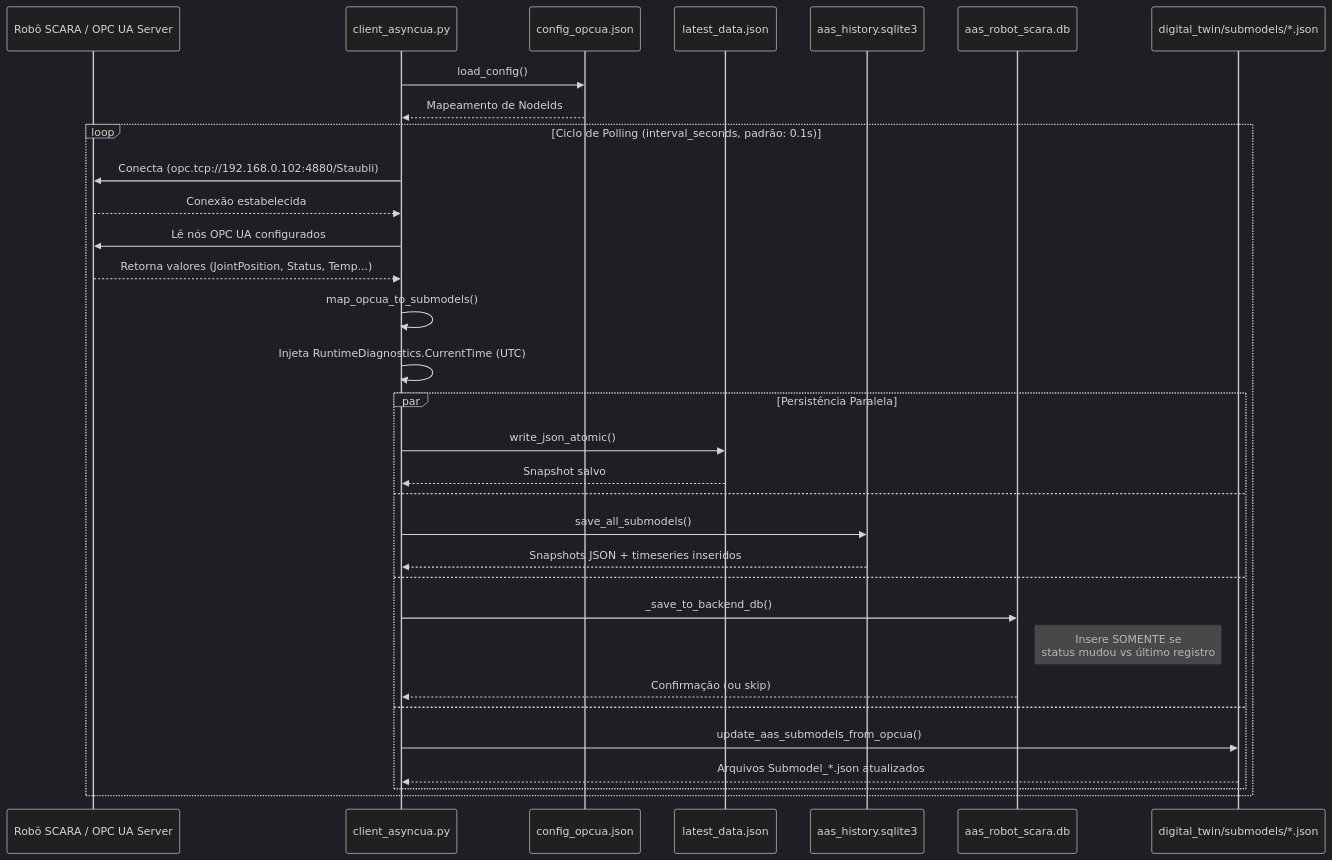
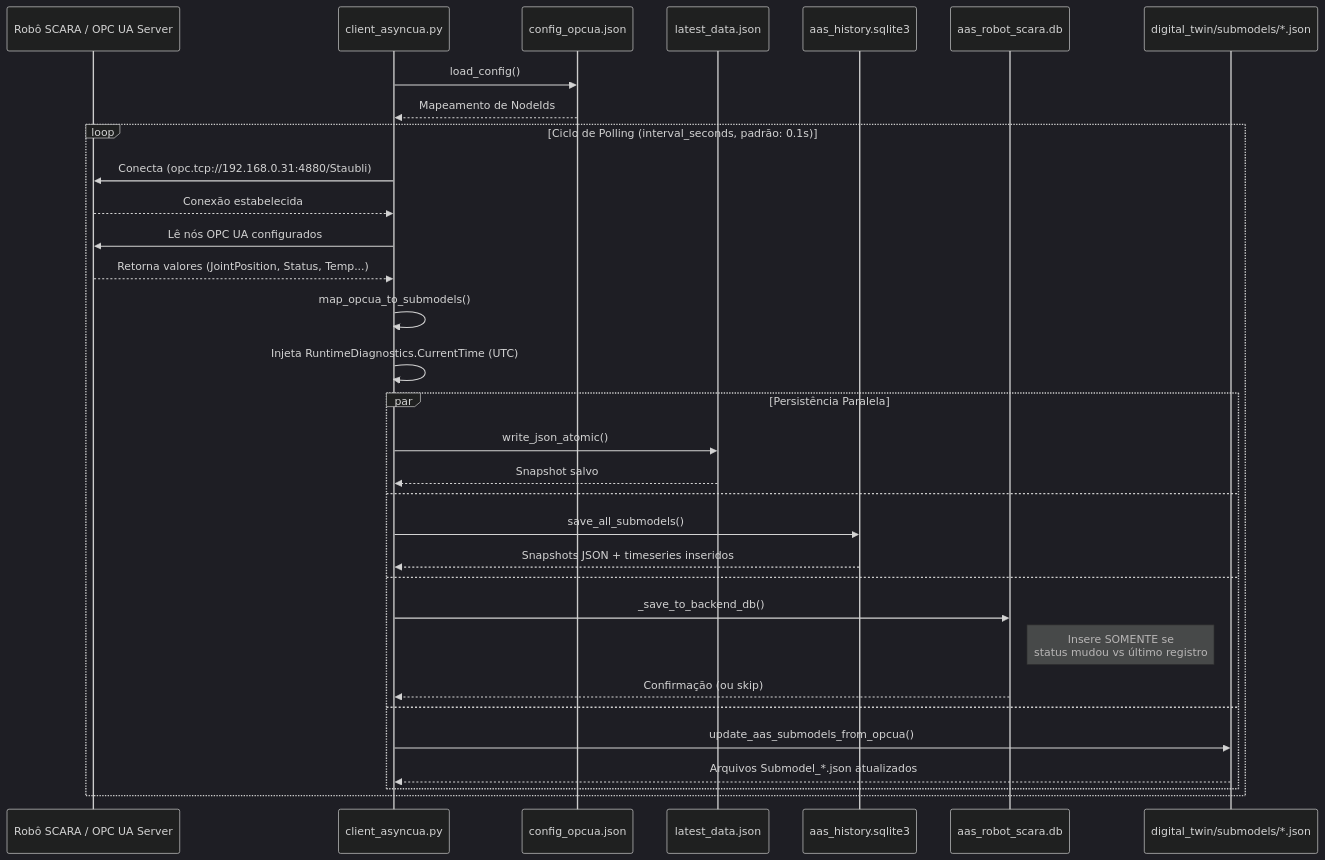
One commit to weid12/aas-robo-scara changed the fourth of 9 diagrams in docs/SYSTEM_FLOW.md. Above: the diagram before and after it, drawn with Mermaid (dark theme). The commit also changed other lines of this file and 23 other files, not shown here.

````diff
--- a/docs/SYSTEM_FLOW.md
+++ b/docs/SYSTEM_FLOW.md
@@ -263,39 +263,39 @@
 ```mermaid
 sequenceDiagram
     participant Robot as Robô SCARA / OPC UA Server
     participant Client as client_asyncua.py
     participant Config as config_opcua.json
     participant JSON as latest_data.json
     participant HistDB as aas_history.sqlite3
     participant BackDB as aas_robot_scara.db
     participant AAS as digital_twin/submodels/*.json
 
     Client->>Config: load_config()
     Config-->>Client: Mapeamento de NodeIds
 
     loop Ciclo de Polling (interval_seconds, padrão: 0.1s)
-        Client->>Robot: Conecta (opc.tcp://192.168.0.102:4880/Staubli)
+        Client->>Robot: Conecta (opc.tcp://192.168.0.31:4880/Staubli)
         Robot-->>Client: Conexão estabelecida
 
         Client->>Robot: Lê nós OPC UA configurados
         Robot-->>Client: Retorna valores (JointPosition, Status, Temp...)
 
         Client->>Client: map_opcua_to_submodels()
         Client->>Client: Injeta RuntimeDiagnostics.CurrentTime (UTC)
 
         par Persistência Paralela
             Client->>JSON: write_json_atomic()
             JSON-->>Client: Snapshot salvo
         and
             Client->>HistDB: save_all_submodels()
             HistDB-->>Client: Snapshots JSON + timeseries inseridos
         and
             Client->>BackDB: _save_to_backend_db()
             note right of BackDB: Insere SOMENTE se<br/>status mudou vs último registro
             BackDB-->>Client: Confirmação (ou skip)
         and
             Client->>AAS: update_aas_submodels_from_opcua()
             AAS-->>Client: Arquivos Submodel_*.json atualizados
         end
     end
 ```
````
